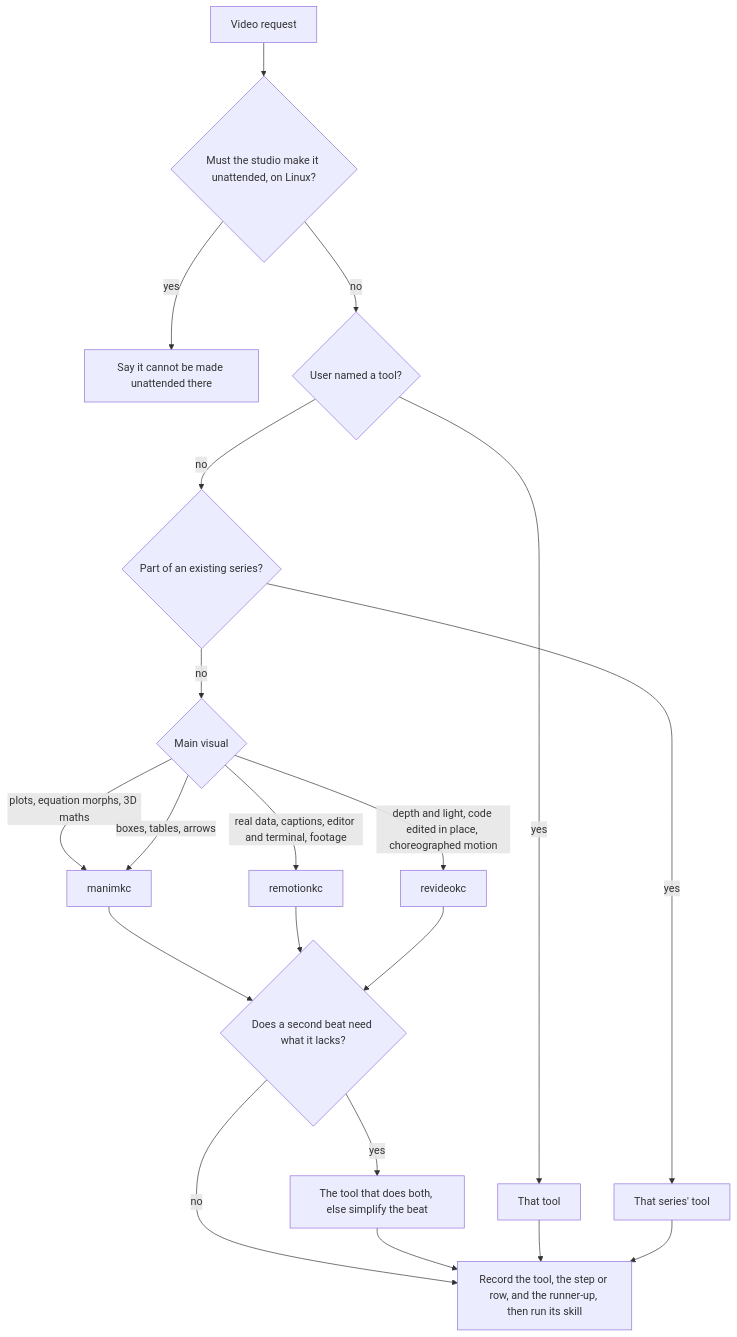
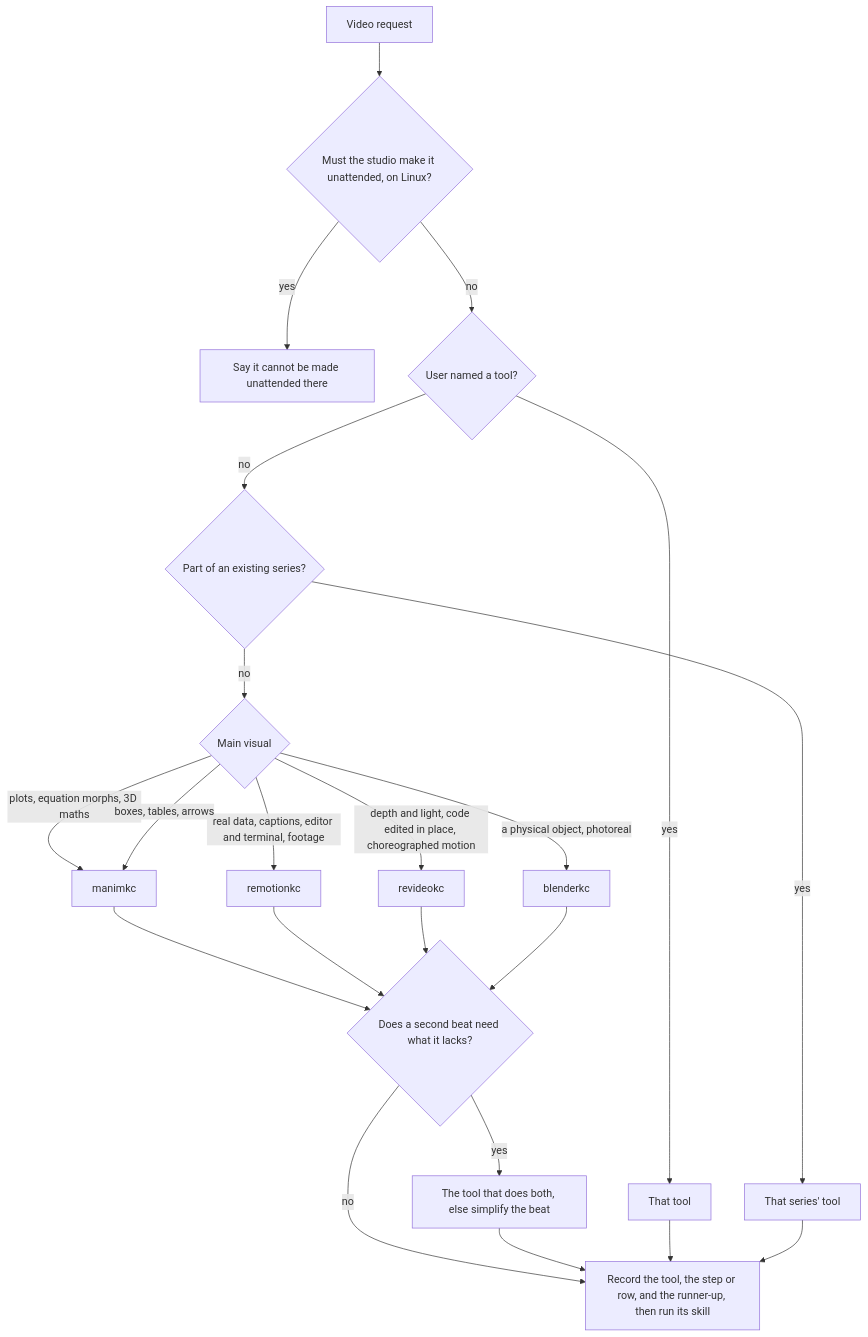
Before and after one commit to c-wenlong/gnosia-learn: the diagram in docs/VIDEO-TOOLS.md, drawn with Mermaid. The commit also changed other lines of this file and 55 other files, not shown here.

````diff
--- a/docs/VIDEO-TOOLS.md
+++ b/docs/VIDEO-TOOLS.md
@@ -133,22 +143,24 @@
 ```mermaid
 flowchart TD
   A[Video request] --> U{Must the studio make it unattended, on Linux?}
   U -- yes --> Q[Say it cannot be made unattended there]
   U -- no --> N{User named a tool?}
   N -- yes --> T[That tool]
   N -- no --> B{Part of an existing series?}
   B -- yes --> S[That series' tool]
   B -- no --> C{Main visual}
+  C -- a physical object, photoreal --> K[blenderkc]
   C -- plots, equation morphs, 3D maths --> M[manimkc]
   C -- real data, captions, editor and terminal, footage --> R[remotionkc]
   C -- depth and light, code edited in place, choreographed motion --> V[revideokc]
   C -- boxes, tables, arrows --> M
   M --> D{Does a second beat need what it lacks?}
   R --> D
   V --> D
+  K --> D
   D -- yes --> D2[The tool that does both, else simplify the beat]
   D -- no --> E[Record the tool, the step or row, and the runner-up, then run its skill]
   D2 --> E
   T --> E
   S --> E
 ```
````
